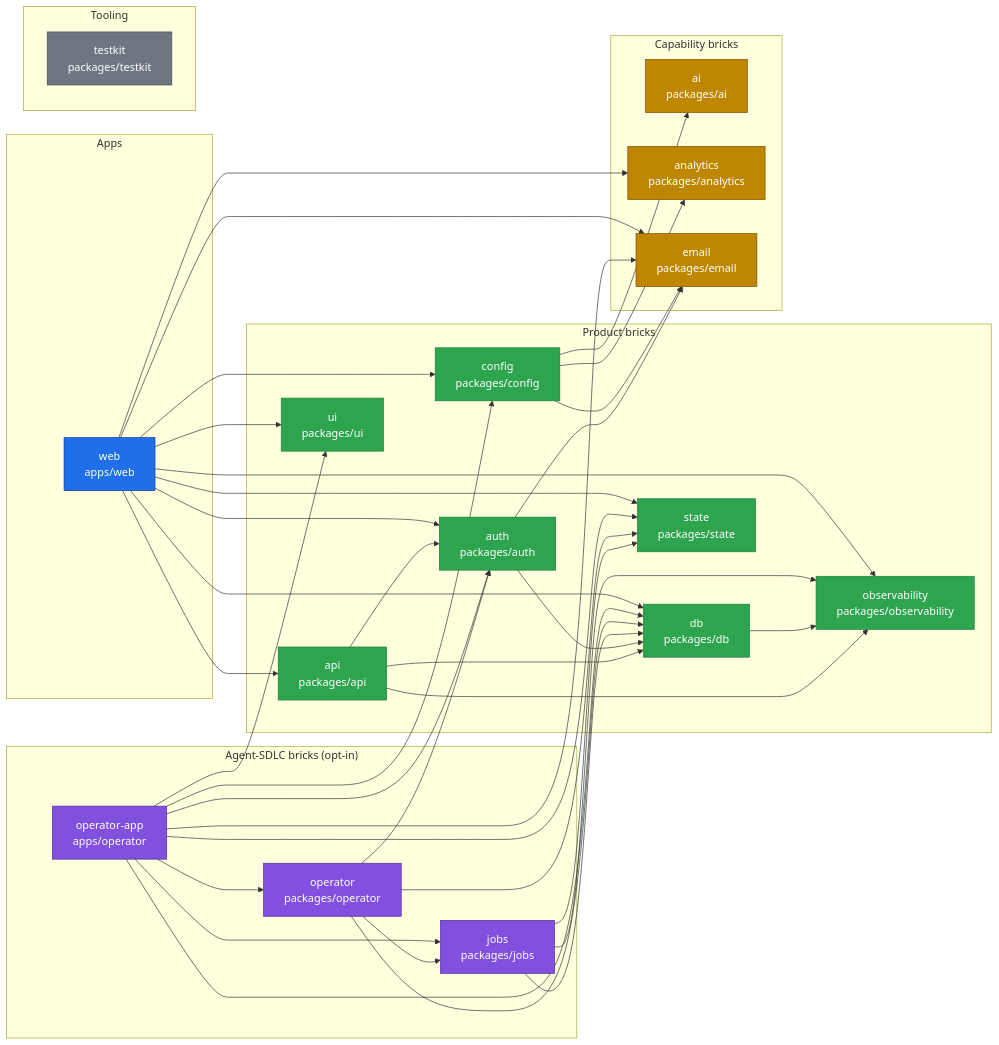
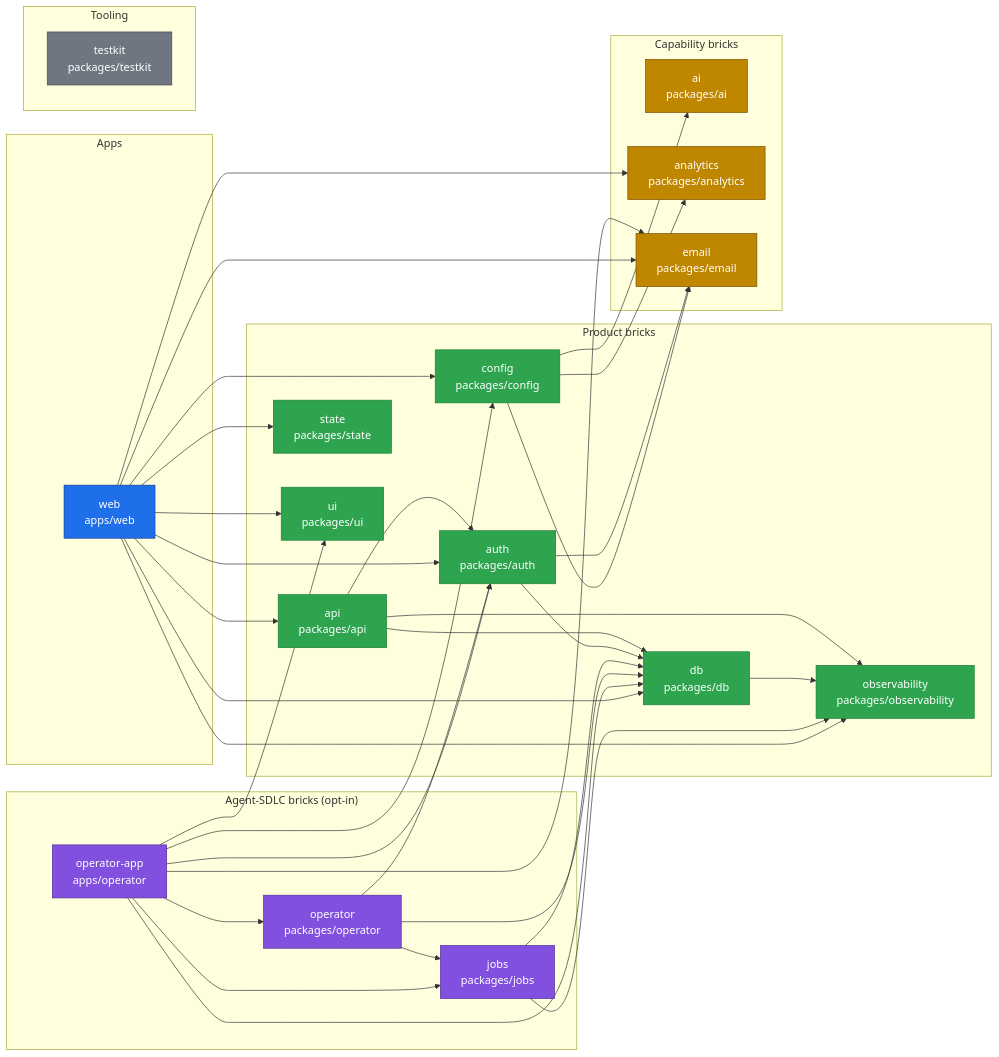
Before and after one commit to jeffscottward/darkfactory: the diagram in docs/generated/package-graph.md, drawn with Mermaid. The commit also changed other lines of this file and 41 other files, not shown here.

First line of the commit message:
refactor(jobs): move operator workflow machine out of @darkfactory/state

````diff
--- a/docs/generated/package-graph.md
+++ b/docs/generated/package-graph.md
@@ -7,71 +7,68 @@
 ```mermaid
 flowchart LR
   subgraph appBricks["Apps"]
     darkfactory_web["web<br/>apps/web"]
   end
   subgraph productBricks["Product bricks"]
     darkfactory_api["api<br/>packages/api"]
     darkfactory_auth["auth<br/>packages/auth"]
     darkfactory_config["config<br/>packages/config"]
     darkfactory_db["db<br/>packages/db"]
     darkfactory_observability["observability<br/>packages/observability"]
     darkfactory_state["state<br/>packages/state"]
     darkfactory_ui["ui<br/>packages/ui"]
   end
   subgraph capabilityBricks["Capability bricks"]
     darkfactory_ai["ai<br/>packages/ai"]
     darkfactory_analytics["analytics<br/>packages/analytics"]
     darkfactory_email["email<br/>packages/email"]
   end
   subgraph agentSdlcBricks["Agent-SDLC bricks (opt-in)"]
     darkfactory_jobs["jobs<br/>packages/jobs"]
     darkfactory_operator["operator<br/>packages/operator"]
     darkfactory_operator_app["operator-app<br/>apps/operator"]
   end
   subgraph toolingBricks["Tooling"]
     darkfactory_testkit["testkit<br/>packages/testkit"]
   end
   darkfactory_api --> darkfactory_auth
   darkfactory_api --> darkfactory_db
   darkfactory_api --> darkfactory_observability
   darkfactory_auth --> darkfactory_db
   darkfactory_auth --> darkfactory_email
   darkfactory_config --> darkfactory_ai
   darkfactory_config --> darkfactory_analytics
   darkfactory_config --> darkfactory_email
   darkfactory_db --> darkfactory_observability
   darkfactory_jobs --> darkfactory_db
   darkfactory_jobs --> darkfactory_observability
-  darkfactory_jobs --> darkfactory_state
   darkfactory_operator --> darkfactory_auth
   darkfactory_operator --> darkfactory_db
   darkfactory_operator --> darkfactory_jobs
-  darkfactory_operator --> darkfactory_state
   darkfactory_operator_app --> darkfactory_auth
   darkfactory_operator_app --> darkfactory_config
   darkfactory_operator_app --> darkfactory_db
   darkfactory_operator_app --> darkfactory_email
   darkfactory_operator_app --> darkfactory_jobs
   darkfactory_operator_app --> darkfactory_operator
-  darkfactory_operator_app --> darkfactory_state
   darkfactory_operator_app --> darkfactory_ui
   darkfactory_web --> darkfactory_analytics
   darkfactory_web --> darkfactory_api
   darkfactory_web --> darkfactory_auth
   darkfactory_web --> darkfactory_config
   darkfactory_web --> darkfactory_db
   darkfactory_web --> darkfactory_email
   darkfactory_web --> darkfactory_observability
   darkfactory_web --> darkfactory_state
   darkfactory_web --> darkfactory_ui
   classDef app fill:#1f6feb,stroke:#0b3d91,color:#ffffff
   class darkfactory_web app
   classDef product fill:#2ea44f,stroke:#1a7f37,color:#ffffff
   class darkfactory_api,darkfactory_auth,darkfactory_config,darkfactory_db,darkfactory_observability,darkfactory_state,darkfactory_ui product
   classDef capability fill:#bf8700,stroke:#7d4e00,color:#ffffff
   class darkfactory_ai,darkfactory_analytics,darkfactory_email capability
   classDef agentSdlc fill:#8250df,stroke:#512a97,color:#ffffff
   class darkfactory_jobs,darkfactory_operator,darkfactory_operator_app agentSdlc
   classDef tooling fill:#6e7781,stroke:#424a53,color:#ffffff
   class darkfactory_testkit tooling
 ```
````
